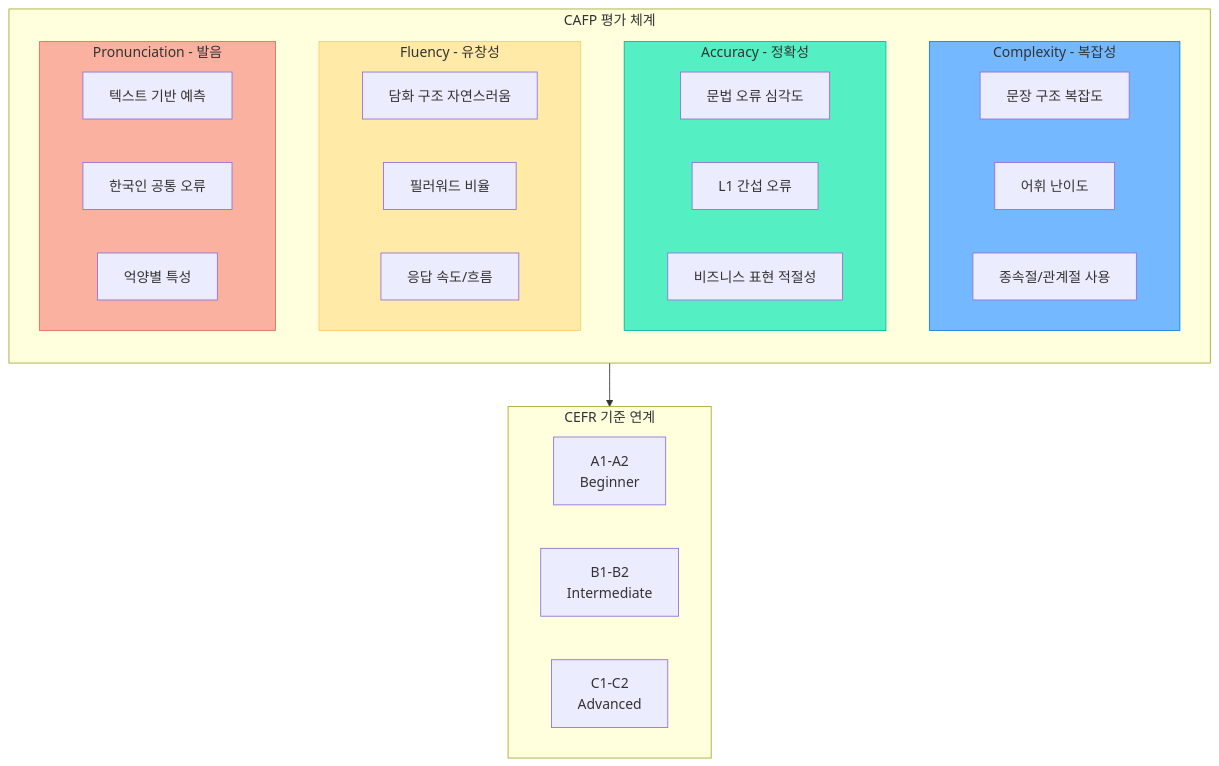
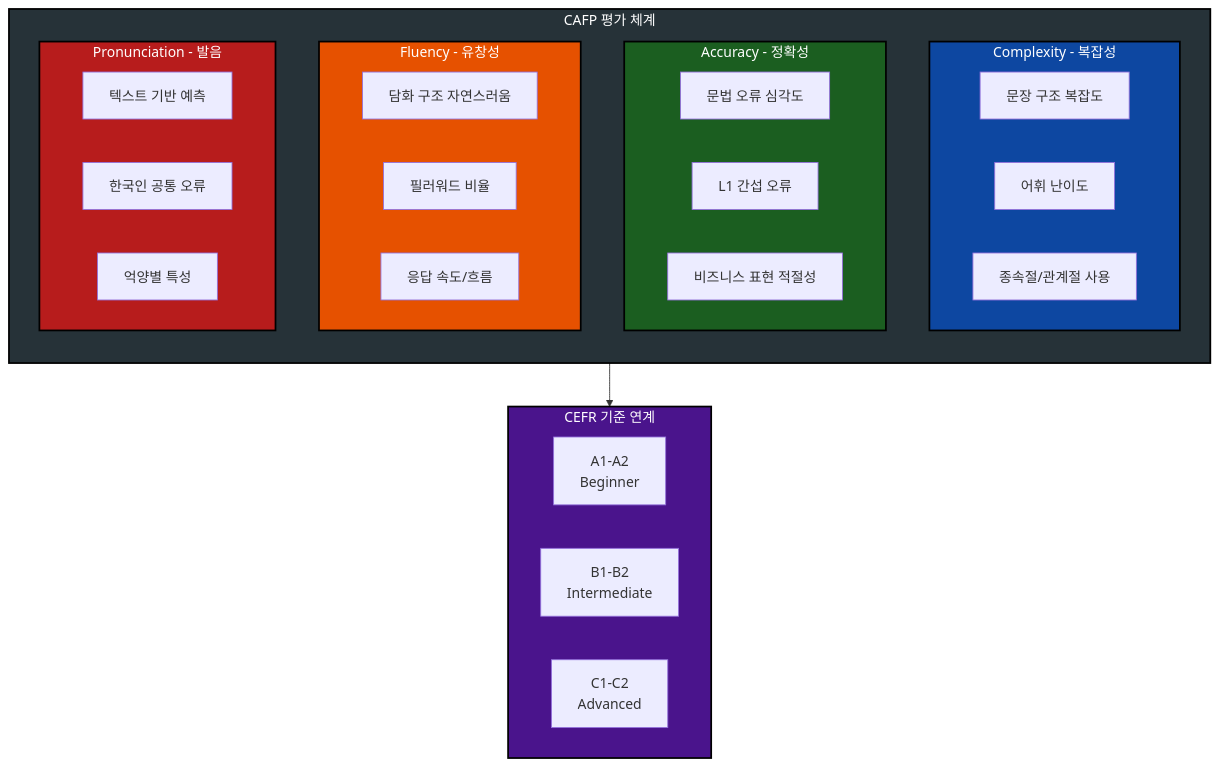
One commit to 1282saa/ringringv2 changed the fourth of 7 diagrams in docs/DIAGRAMS.md. Above: the diagram before and after it, drawn with Mermaid. The commit also changed other lines of this file, not shown here.

First line of the commit message:
docs: 다이어그램 색상 대비 개선

````diff
--- a/docs/DIAGRAMS.md
+++ b/docs/DIAGRAMS.md
@@ -161,43 +166,45 @@
 ```mermaid
 flowchart TB
     subgraph CAFP["CAFP 평가 체계"]
         direction TB
 
         subgraph C["Complexity - 복잡성"]
             C1["문장 구조 복잡도"]
             C2["어휘 난이도"]
             C3["종속절/관계절 사용"]
         end
 
         subgraph A["Accuracy - 정확성"]
             A1["문법 오류 심각도"]
             A2["L1 간섭 오류"]
             A3["비즈니스 표현 적절성"]
         end
 
         subgraph F["Fluency - 유창성"]
             F1["담화 구조 자연스러움"]
             F2["필러워드 비율"]
             F3["응답 속도/흐름"]
         end
 
         subgraph P["Pronunciation - 발음"]
             P1["텍스트 기반 예측"]
             P2["한국인 공통 오류"]
             P3["억양별 특성"]
         end
     end
 
     subgraph CEFR["CEFR 기준 연계"]
         L1["A1-A2<br/>Beginner"]
         L2["B1-B2<br/>Intermediate"]
         L3["C1-C2<br/>Advanced"]
     end
 
     CAFP --> CEFR
 
-    style C fill:#74b9ff,stroke:#0984e3
-    style A fill:#55efc4,stroke:#00b894
-    style F fill:#ffeaa7,stroke:#fdcb6e
-    style P fill:#fab1a0,stroke:#e17055
+    style CAFP fill:#263238,stroke:#000,stroke-width:2px,color:#fff
+    style C fill:#0d47a1,stroke:#000,stroke-width:2px,color:#fff
+    style A fill:#1b5e20,stroke:#000,stroke-width:2px,color:#fff
+    style F fill:#e65100,stroke:#000,stroke-width:2px,color:#fff
+    style P fill:#b71c1c,stroke:#000,stroke-width:2px,color:#fff
+    style CEFR fill:#4a148c,stroke:#000,stroke-width:2px,color:#fff
 ```
````
